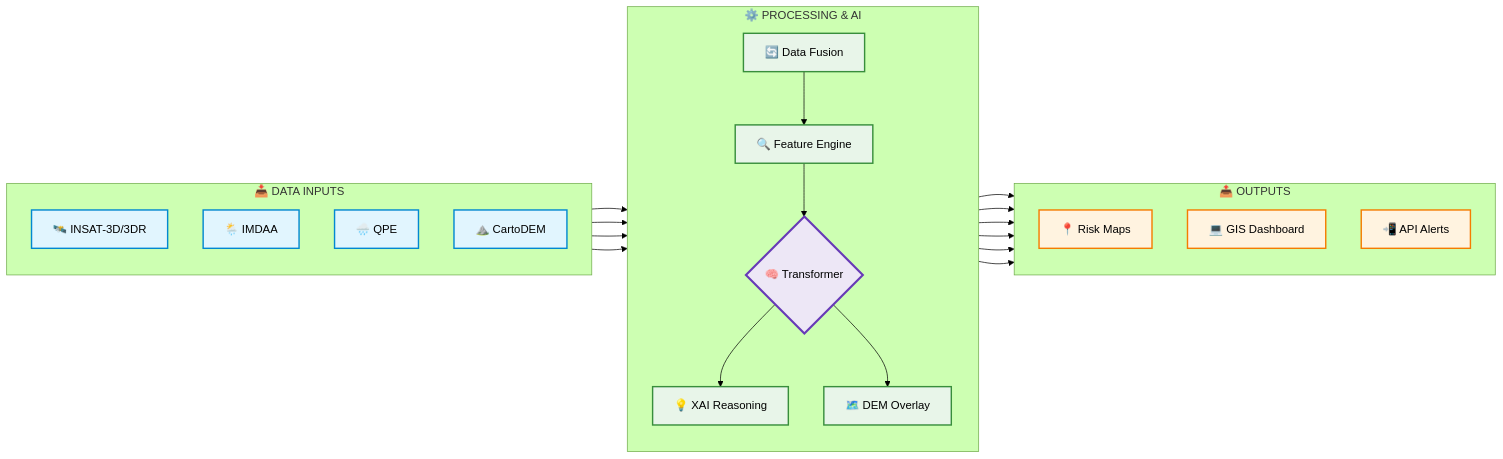
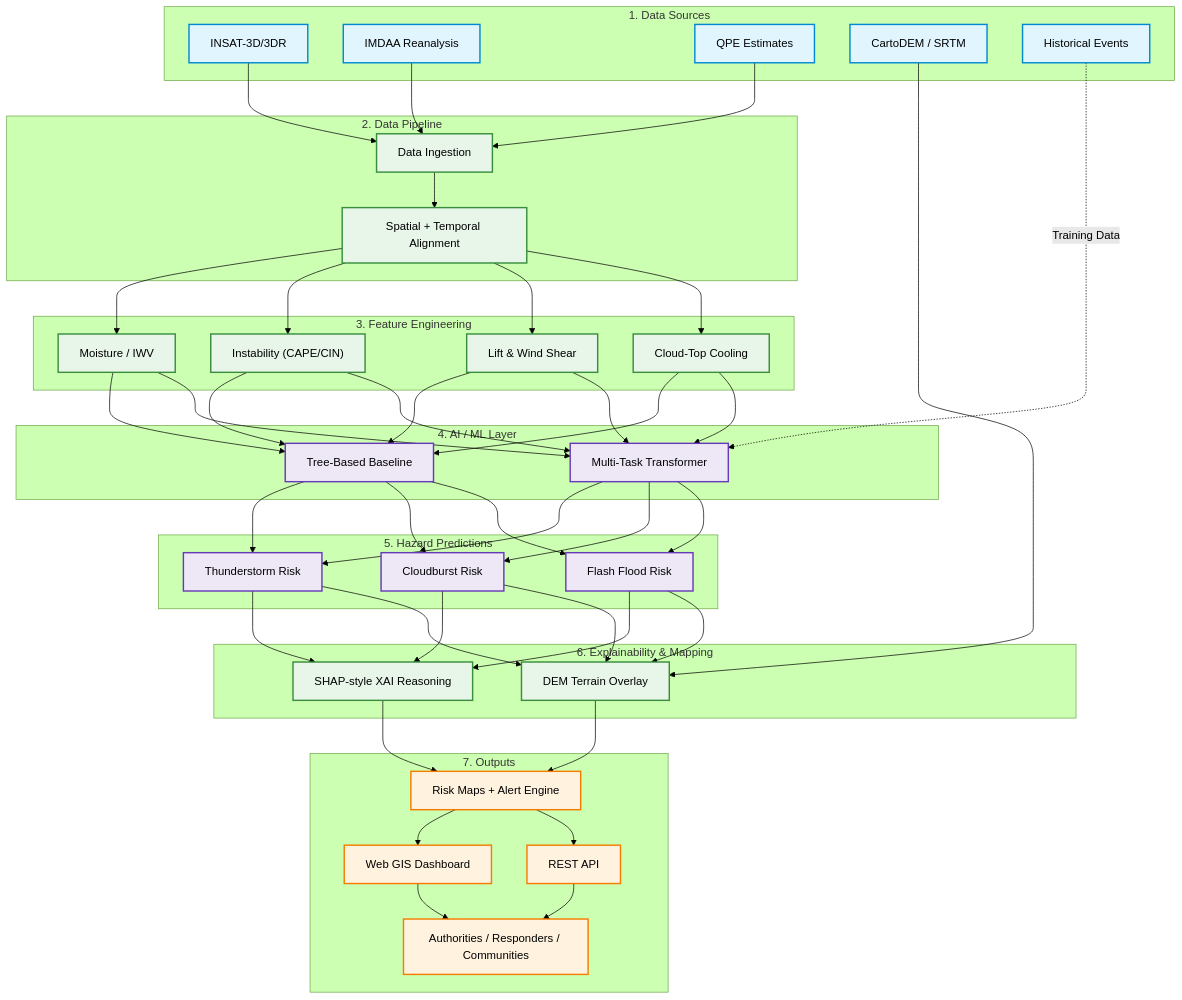
One commit to GhanshyamJha05/SIH26077 changed the diagram in docs/report.md. Above: the diagram before and after it, drawn with Mermaid (forest theme). The commit also changed other lines of this file, not shown here.

````diff
--- a/docs/report.md
+++ b/docs/report.md
@@ -121,36 +281,67 @@
 ```mermaid
-flowchart LR
-    classDef input fill:#e1f5fe,stroke:#0288d1,stroke-width:2px,color:#000
-    classDef process fill:#e8f5e9,stroke:#388e3c,stroke-width:2px,color:#000
-    classDef ai fill:#ede7f6,stroke:#673ab7,stroke-width:3px,color:#000
-    classDef output fill:#fff3e0,stroke:#f57c00,stroke-width:2px,color:#000
+graph TD
+    classDef input fill:#e1f5fe,stroke:#0288d1,stroke-width:2px;
+    classDef process fill:#e8f5e9,stroke:#388e3c,stroke-width:2px;
+    classDef ai fill:#ede7f6,stroke:#673ab7,stroke-width:2px;
+    classDef output fill:#fff3e0,stroke:#f57c00,stroke-width:2px;
 
-    subgraph INPUT ["📥 DATA INPUTS"]
-        direction TB
-        A["🛰️ INSAT-3D/3DR"]:::input
-        B["🌦️ IMDAA"]:::input
-        C["🌧️ QPE"]:::input
-        D["⛰️ CartoDEM"]:::input
+    subgraph DATA_SOURCES ["1. Data Sources"]
+        A["INSAT-3D/3DR"]:::input
+        B["IMDAA Reanalysis"]:::input
+        C["QPE Estimates"]:::input
+        D["CartoDEM / SRTM"]:::input
+        E["Historical Events"]:::input
     end
 
-    subgraph CORE ["⚙️ PROCESSING & AI"]
-        direction TB
-        E["🔄 Data Fusion"]:::process
-        F["🔍 Feature Engine"]:::process
-        G{"🧠 Transformer"}:::ai
-        H["💡 XAI Reasoning"]:::process
-        I["🗺️ DEM Overlay"]:::process
+    subgraph PREPROCESSING ["2. Data Pipeline"]
+        F["Data Ingestion"]:::process
+        G["Spatial + Temporal Alignment"]:::process
+        F --> G
     end
 
-    subgraph OUT ["📤 OUTPUTS"]
-        direction TB
-        J["📍 Risk Maps"]:::output
-        K["💻 GIS Dashboard"]:::output
-        L["📲 API Alerts"]:::output
+    subgraph FEATURE_ENG ["3. Feature Engineering"]
+        H["Moisture / IWV"]:::process
+        I["Instability (CAPE/CIN)"]:::process
+        J["Lift & Wind Shear"]:::process
+        K["Cloud-Top Cooling"]:::process
     end
 
-    A & B & C --> E --> F --> G
-    D --> I
-    G --> H & I
-    H & I --> J & K & L
+    subgraph AI_LAYER ["4. AI / ML Layer"]
+        L["Tree-Based Baseline"]:::ai
+        M["Multi-Task Transformer"]:::ai
+    end
+    
+    subgraph PREDICTIONS ["5. Hazard Predictions"]
+        N["Thunderstorm Risk"]:::ai
+        O["Cloudburst Risk"]:::ai
+        P["Flash Flood Risk"]:::ai
+    end
+
+    subgraph CONTEXT ["6. Explainability & Mapping"]
+        Q["SHAP-style XAI Reasoning"]:::process
+        R["DEM Terrain Overlay"]:::process
+    end
+
+    subgraph DISSEMINATION ["7. Outputs"]
+        S["Risk Maps + Alert Engine"]:::output
+        T["Web GIS Dashboard"]:::output
+        U["REST API"]:::output
+        V["Authorities / Responders / Communities"]:::output
+    end
+
+    A & B & C --> F
+    E -.->|Training Data| M
+    
+    G --> H & I & J & K
+    H & I & J & K --> L & M
+    
+    L & M --> N & O & P
+    
+    N & O & P --> Q
+    N & O & P --> R
+    D --> R
+    
+    Q & R --> S
+    S --> T & U
+    T & U --> V
 ```
````
